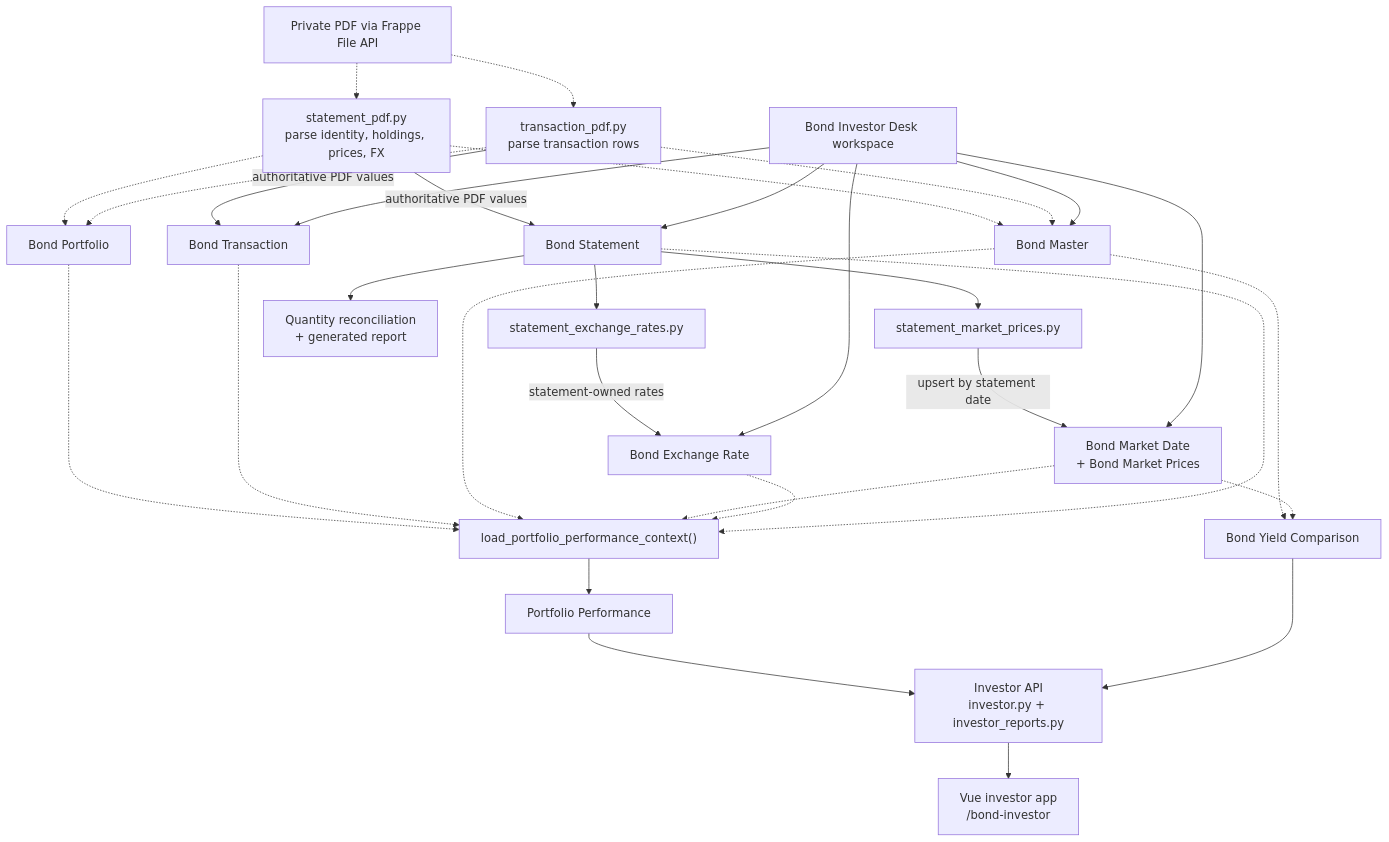
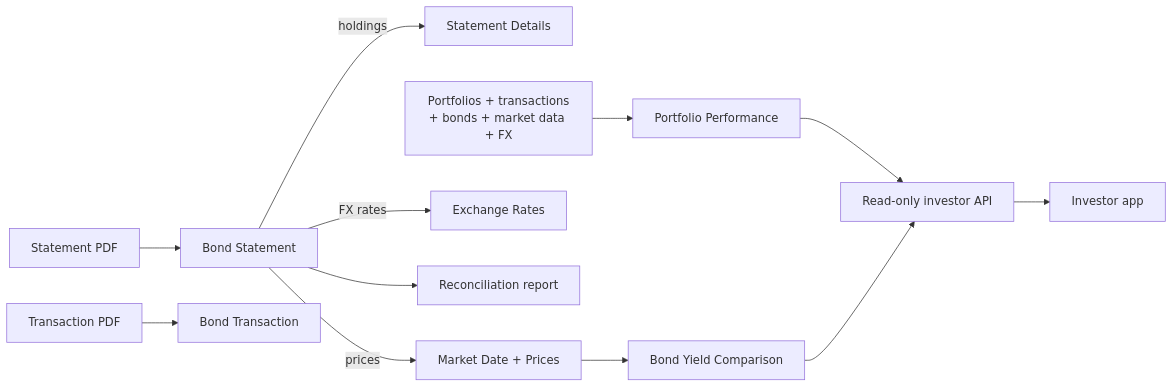
The second of 2 diagrams in docs/domain-model.md (dee-pat/bond_management), drawn with Mermaid before and after one commit. The commit also changed other lines of this file, not shown here.

````diff
--- a/docs/domain-model.md
+++ b/docs/domain-model.md
@@ -64,63 +59,22 @@
 ```mermaid
-flowchart TB
-    FILE["Private PDF via Frappe File API"]
+flowchart LR
+    SPDF["Statement PDF"] --> BS["Bond Statement"]
+    TPDF["Transaction PDF"] --> BT["Bond Transaction"]
 
-    SPF["statement_pdf.py<br/>parse identity, holdings, prices, FX"]
-    TPF["transaction_pdf.py<br/>parse transaction rows"]
+    BS -->|"holdings"| BSD["Statement Details"]
+    BS -->|"prices"| MARKET["Market Date + Prices"]
+    BS -->|"FX rates"| FX["Exchange Rates"]
+    BS --> REPORT["Reconciliation report"]
 
-    BS["Bond Statement"]
-    BT["Bond Transaction"]
-    BP["Bond Portfolio"]
-    BM["Bond Master"]
-
-    SMP["statement_market_prices.py"]
-    SER["statement_exchange_rates.py"]
-    REC["Quantity reconciliation<br/>+ generated report"]
-
-    BMD["Bond Market Date<br/>+ Bond Market Prices"]
-    BER["Bond Exchange Rate"]
-
-    CTX["load_portfolio_performance_context()"]
+    DATA["Portfolios + transactions<br/>+ bonds + market data + FX"]
     PP["Portfolio Performance"]
     YIELD["Bond Yield Comparison"]
+    API["Read-only investor API"]
+    SPA["Investor app"]
 
-    API["Investor API<br/>investor.py + investor_reports.py"]
-    SPA["Vue investor app<br/>/bond-investor"]
-    DESK["Bond Investor Desk workspace"]
-
-    FILE -.-> SPF
-    FILE -.-> TPF
-
-    SPF -->|"authoritative PDF values"| BS
-    TPF -->|"authoritative PDF values"| BT
-    SPF -.-> BP
-    SPF -.-> BM
-    TPF -.-> BP
-    TPF -.-> BM
-
-    BS --> REC
-    BS --> SMP
-    SMP -->|"upsert by statement date"| BMD
-    BS --> SER
-    SER -->|"statement-owned rates"| BER
-
-    BP -.-> CTX
-    BT -.-> CTX
-    BM -.-> CTX
-    BMD -.-> CTX
-    BER -.-> CTX
-    BS -.-> CTX
-
-    CTX --> PP
-    BM -.-> YIELD
-    BMD -.-> YIELD
-
+    DATA --> PP
+    MARKET --> YIELD
     PP --> API
     YIELD --> API
     API --> SPA
-    DESK --> BS
-    DESK --> BT
-    DESK --> BM
-    DESK --> BMD
-    DESK --> BER
 ```
````
